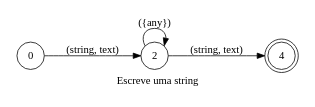
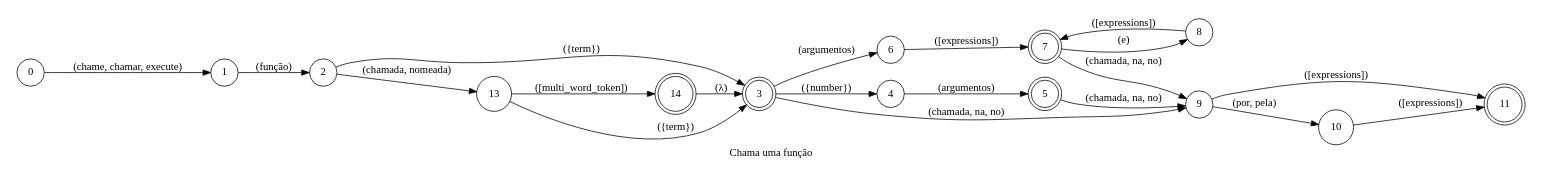
The diagram in spoken/src/modules/typescript/function_call/phrase_pt-BR.dot (pedrooaugusto/speech-to-code), drawn with Graphviz before and after one commit. The commit also changed 35 other files, not shown here.

```diff
--- a/spoken/src/modules/typescript/function_call/phrase_pt-BR.dot
+++ b/spoken/src/modules/typescript/function_call/phrase_pt-BR.dot
@@ -1,18 +1,30 @@
 digraph function_call {
     id="function_call";
-    label="Escreve uma string";
+    label="Chama uma função";
     lang="pt-BR";
     langName="Português";
     pad="0.2";
     rankdir=LR;
     priority="2";
-    node[shape=doublecircle]; 4;
+    node[shape=doublecircle]; 3 5 7 11 14;
     node[shape=circle];
 
-    0 -> 2 [label="(string, text)"];
-    2 -> 2 [label="({any})", store=string];
-    2 -> 4 [label="(string, text)"];
+    0 -> 1 [label="(chame, chamar, execute)"];
+    1 -> 2 [label="(função)"];
+    2 -> 13 [label="(chamada, nomeada)"];
+    13 -> 14 [label="([multi_word_token])", store=functionName, extraArgs="{\"case\": \"camel\"}"];
+    14 -> 3 [label="(λ)"];
+    {2 13} -> 3 [label="({term})", store=functionName];
+    3 -> 4 [label="({number})", store=argsNumber];
+    4 -> 5 [label="(argumentos)"];
+    3 -> 6 [label="(argumentos)"];
+    6 -> 7 [label="([expressions])", store=args];
+    7 -> 8 [label="(e)"];
+    8 -> 7 [label="([expressions])", store=args];
+    {3 5 7} -> 9 [label="(chamada, na, no)"];
+    9 -> 10 [label="(por, pela)"];
+    {9 10} -> 11 [label="([expressions])", store=caller];
 
-    title="Escreve uma string";
-    desc="Escreve uma string no editor";
+    title="Chama uma função";
+    desc="Chama uma função com os determinados argumentos no determinado caller";
 }
```
